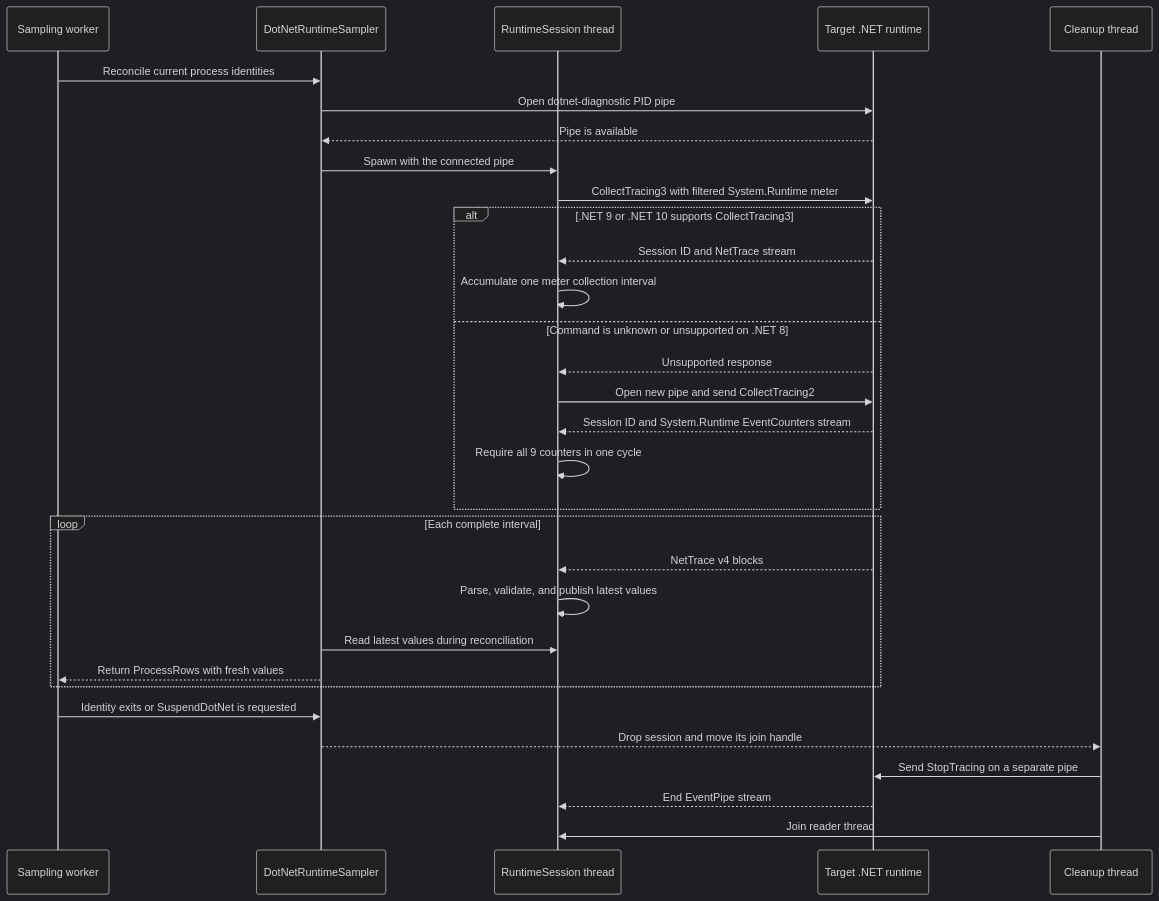
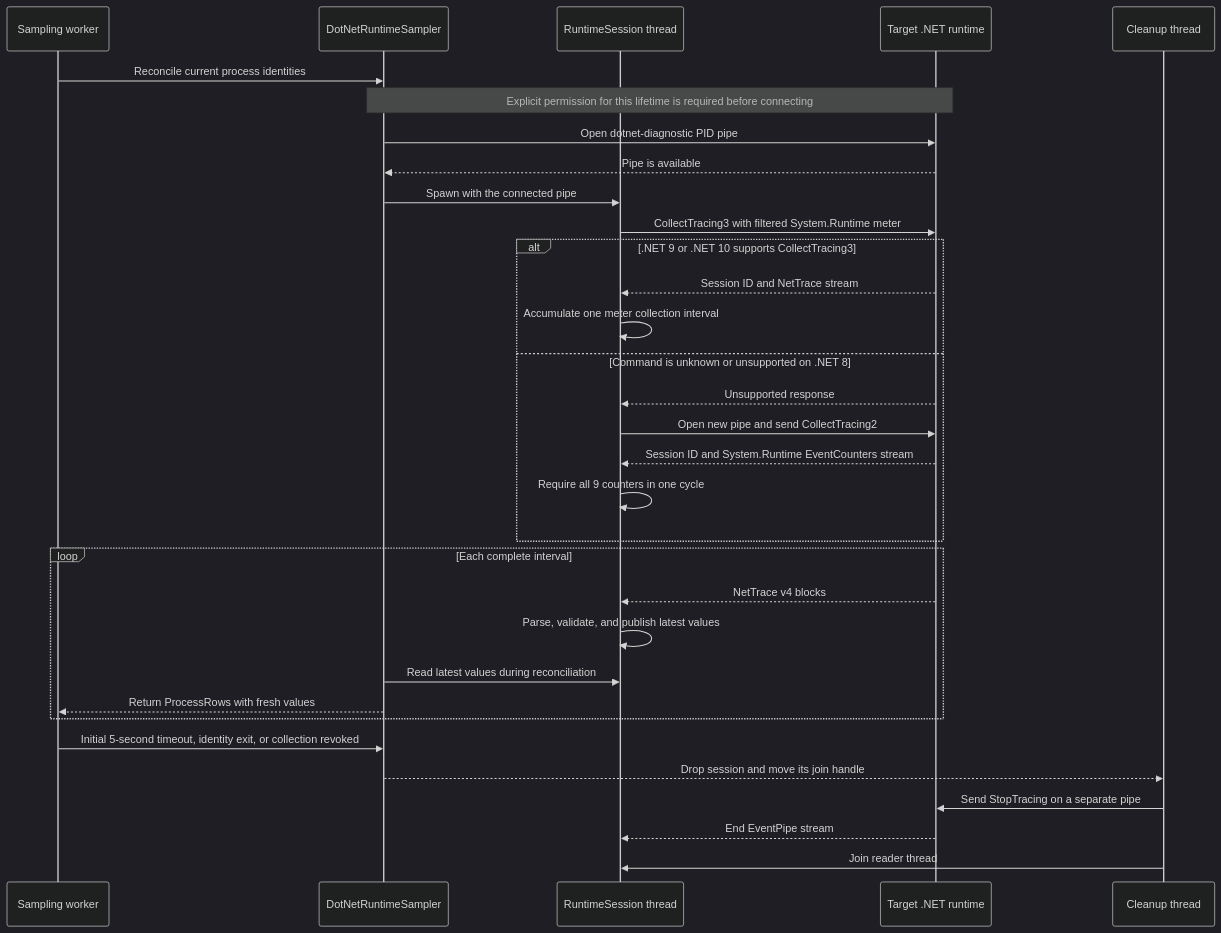
Before and after one commit to TX230/winproc-tui: the second of 2 diagrams in docs/dotnet-metrics-collection.md, drawn with Mermaid (dark theme). The commit also changed other lines of this file and 37 other files, not shown here.

First line of the commit message:
fix: require explicit per-process .NET metrics collection (Issue #183)

````diff
--- a/docs/dotnet-metrics-collection.md
+++ b/docs/dotnet-metrics-collection.md
@@ -158,37 +186,38 @@
 ```mermaid
 sequenceDiagram
     participant W as Sampling worker
     participant D as DotNetRuntimeSampler
     participant R as RuntimeSession thread
     participant T as Target .NET runtime
     participant C as Cleanup thread
 
     W->>D: Reconcile current process identities
+    Note over D,T: Explicit permission for this lifetime is required before connecting
     D->>T: Open dotnet-diagnostic PID pipe
     T-->>D: Pipe is available
     D->>R: Spawn with the connected pipe
     R->>T: CollectTracing3 with filtered System.Runtime meter
 
     alt .NET 9 or .NET 10 supports CollectTracing3
         T-->>R: Session ID and NetTrace stream
         R->>R: Accumulate one meter collection interval
     else Command is unknown or unsupported on .NET 8
         T-->>R: Unsupported response
         R->>T: Open new pipe and send CollectTracing2
         T-->>R: Session ID and System.Runtime EventCounters stream
         R->>R: Require all 9 counters in one cycle
     end
 
     loop Each complete interval
         T-->>R: NetTrace v4 blocks
         R->>R: Parse, validate, and publish latest values
         D->>R: Read latest values during reconciliation
         D-->>W: Return ProcessRows with fresh values
     end
 
-    W->>D: Identity exits or SuspendDotNet is requested
+    W->>D: Initial 5-second timeout, identity exit, or collection revoked
     D-->>C: Drop session and move its join handle
     C->>T: Send StopTracing on a separate pipe
     T-->>R: End EventPipe stream
     C->>R: Join reader thread
 ```
````
